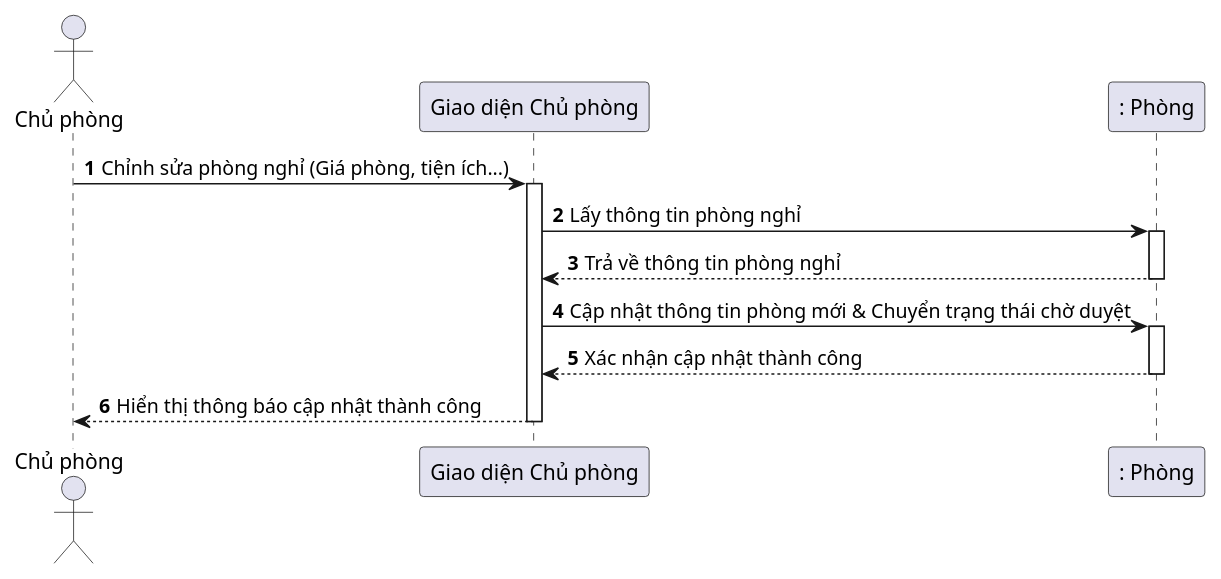
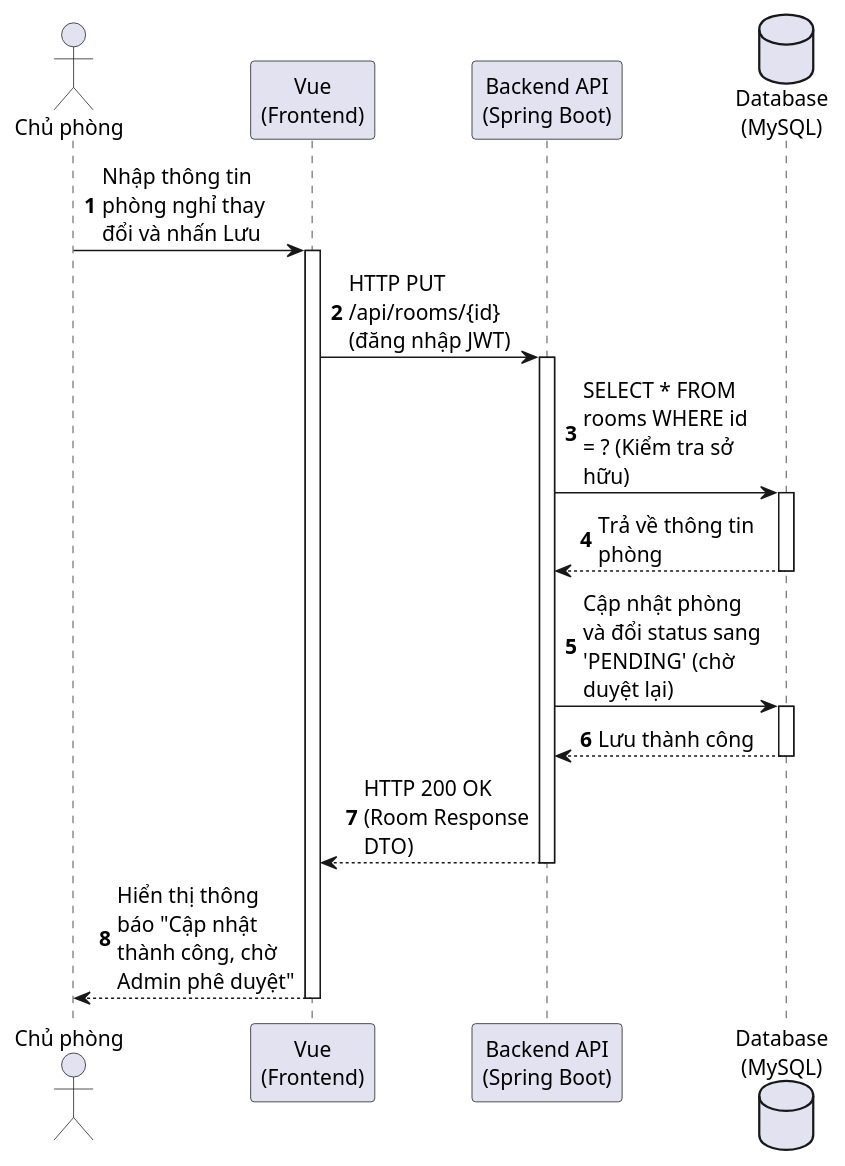
Diagram 11 of 28 in huong_dan_ve_bieu_do.md (kienpham23/BuddingHotelStay-frontend), drawn with PlantUML before and after one commit. The commit also changed other lines of this file and 16 other files, not shown here.

Commit message:
Cập nhập sửa giao diện

````diff
--- a/huong_dan_ve_bieu_do.md
+++ b/huong_dan_ve_bieu_do.md
@@ -375,24 +390,31 @@
 ```plantuml
 @startuml
 autonumber
+skinparam DefaultFontSize 14
+skinparam MaxMessageSize 120
+skinparam ParticipantPadding 10
+skinparam BoxPadding 10
+
 actor "Chủ phòng" as Host
-participant "Giao diện Chủ phòng" as GUI
-participant ": Phòng" as Room
+participant "Vue\n(Frontend)" as Vue
+participant "Backend API\n(Spring Boot)" as API
+database "Database\n(MySQL)" as DB
 
-Host -> GUI : Chỉnh sửa phòng nghỉ (Giá phòng, tiện ích...)
-activate GUI
-
-GUI -> Room : Lấy thông tin phòng nghỉ
-activate Room
-Room --> GUI : Trả về thông tin phòng nghỉ
-deactivate Room
-
-GUI -> Room : Cập nhật thông tin phòng mới & Chuyển trạng thái chờ duyệt
-activate Room
-Room --> GUI : Xác nhận cập nhật thành công
-deactivate Room
-
-GUI --> Host : Hiển thị thông báo cập nhật thành công
-deactivate GUI
+Host -> Vue : Nhập thông tin phòng nghỉ thay đổi và nhấn Lưu
+activate Vue
+Vue -> API : HTTP PUT /api/rooms/{id} (đăng nhập JWT)
+activate API
+API -> DB : SELECT * FROM rooms WHERE id = ? (Kiểm tra sở hữu)
+activate DB
+DB --> API : Trả về thông tin phòng
+deactivate DB
+API -> DB : Cập nhật phòng và đổi status sang 'PENDING' (chờ duyệt lại)
+activate DB
+DB --> API : Lưu thành công
+deactivate DB
+API --> Vue : HTTP 200 OK (Room Response DTO)
+deactivate API
+Vue --> Host : Hiển thị thông báo "Cập nhật thành công, chờ Admin phê duyệt"
+deactivate Vue
 @enduml
 ```
````
